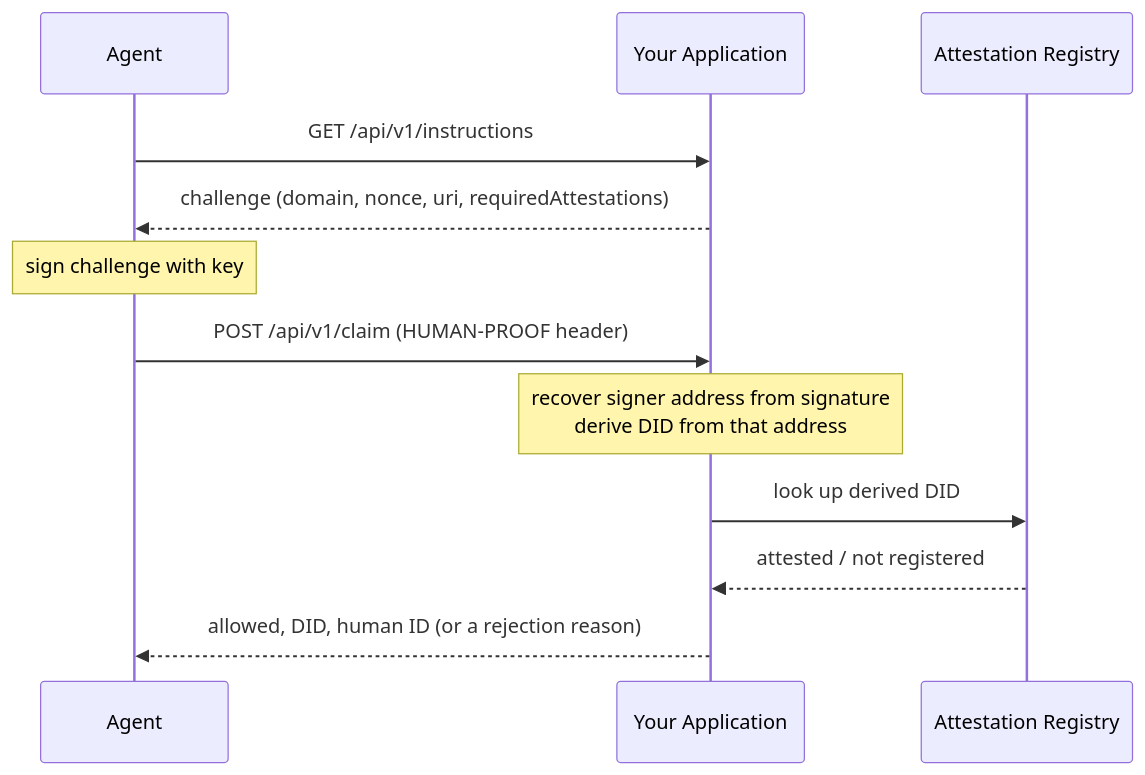
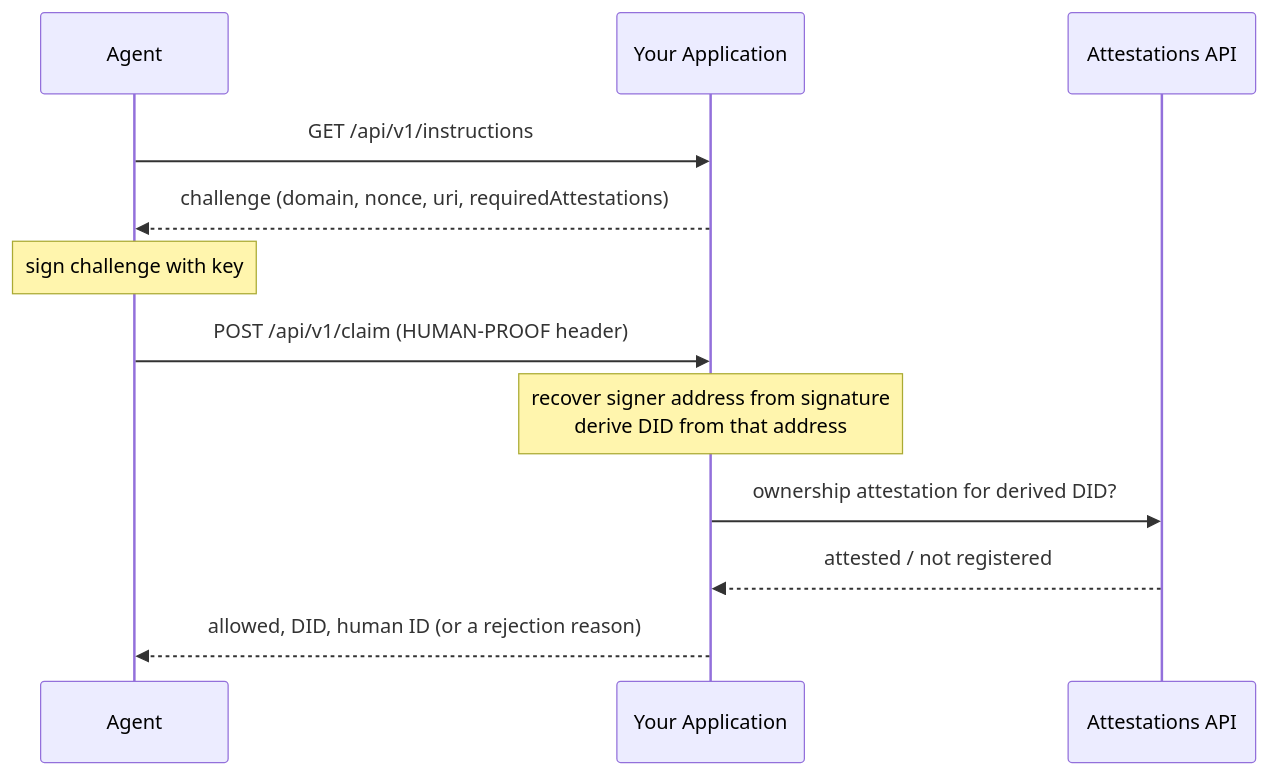
Before and after one commit to BillionsNetwork/docs: the diagram in agents/verify-human-agent-pairing.mdx, drawn with Mermaid. The commit also changed other lines of this file and 18 other files, not shown here.

````diff
--- a/agents/verify-human-agent-pairing.mdx
+++ b/agents/verify-human-agent-pairing.mdx
@@ -49,15 +81,15 @@
 ```mermaid
 sequenceDiagram
     participant Agent
     participant App as Your Application
-    participant Registry as Attestation Registry
+    participant API as Attestations API
 
     Agent->>App: GET /api/v1/instructions
     App-->>Agent: challenge (domain, nonce, uri, requiredAttestations)
     Note over Agent: sign challenge with key
     Agent->>App: POST /api/v1/claim (HUMAN-PROOF header)
     Note over App: recover signer address from signature<br/>derive DID from that address
-    App->>Registry: look up derived DID
-    Registry-->>App: attested / not registered
+    App->>API: ownership attestation for derived DID?
+    API-->>App: attested / not registered
     App-->>Agent: allowed, DID, human ID (or a rejection reason)
 ```
````
